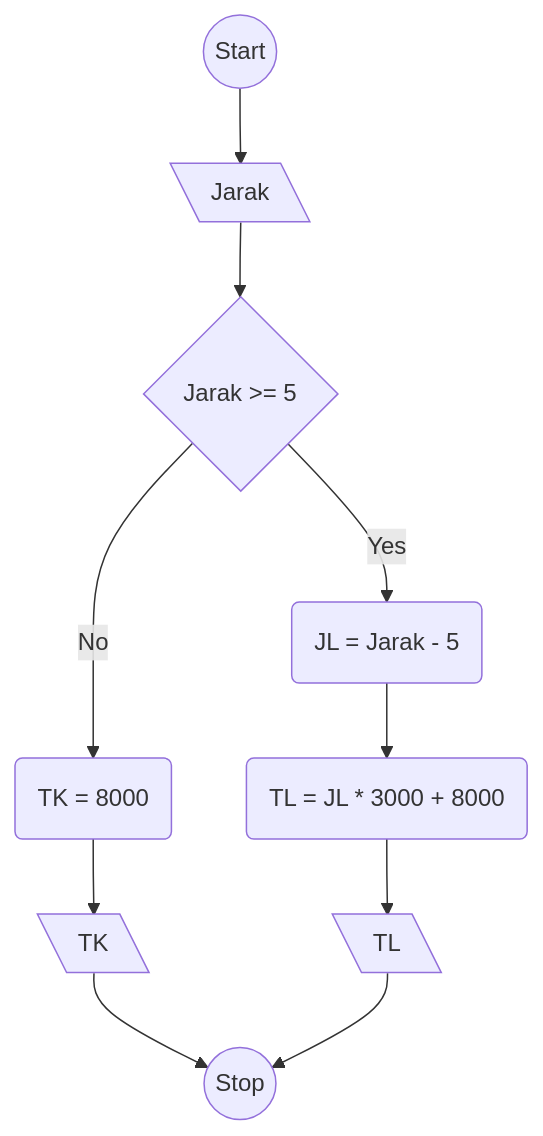
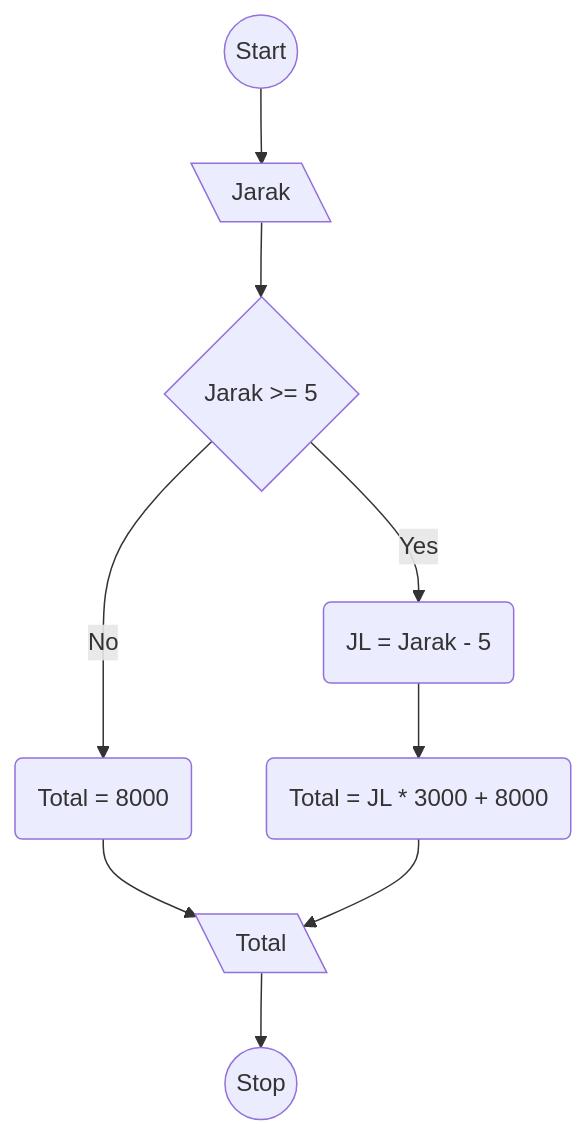
One commit to ariekas/koda-b4-algoritma changed the diagram in MiniTaks8.md. Above: the diagram before and after it, drawn with Mermaid.

````diff
--- a/MiniTaks8.md
+++ b/MiniTaks8.md
@@ -3,22 +3,19 @@
 ```mermaid
 flowchart TD
 Start((Start))
 Input[\Jarak\]
 Decision{Jarak >= 5}
 JL(JL = Jarak - 5)
-ProcessLebih(TL = JL * 3000 + 8000)
-ProcessKurang(TK = 8000)
-TerminatorLebih[\TL\]
-TerminatorKurang[\TK\]
+ProcessLebih(Total = JL * 3000 + 8000)
+ProcessKurang(Total = 8000)
+Total[\Total\]
 Stop((Stop))
 
 Start --> Input
 Input --> Decision
 Decision -- Yes --> JL
 Decision -- No --> ProcessKurang
 JL --> ProcessLebih
-ProcessKurang --> TerminatorKurang
-ProcessLebih --> TerminatorLebih
-TerminatorKurang --> Stop
-TerminatorLebih --> Stop
+ProcessKurang & ProcessLebih  --> Total
+Total --> Stop
 ```
````
